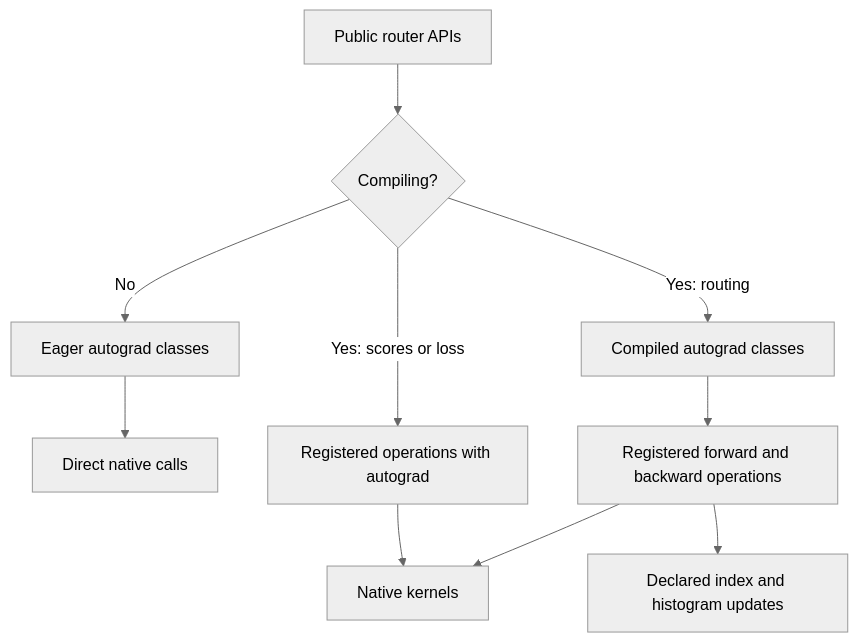
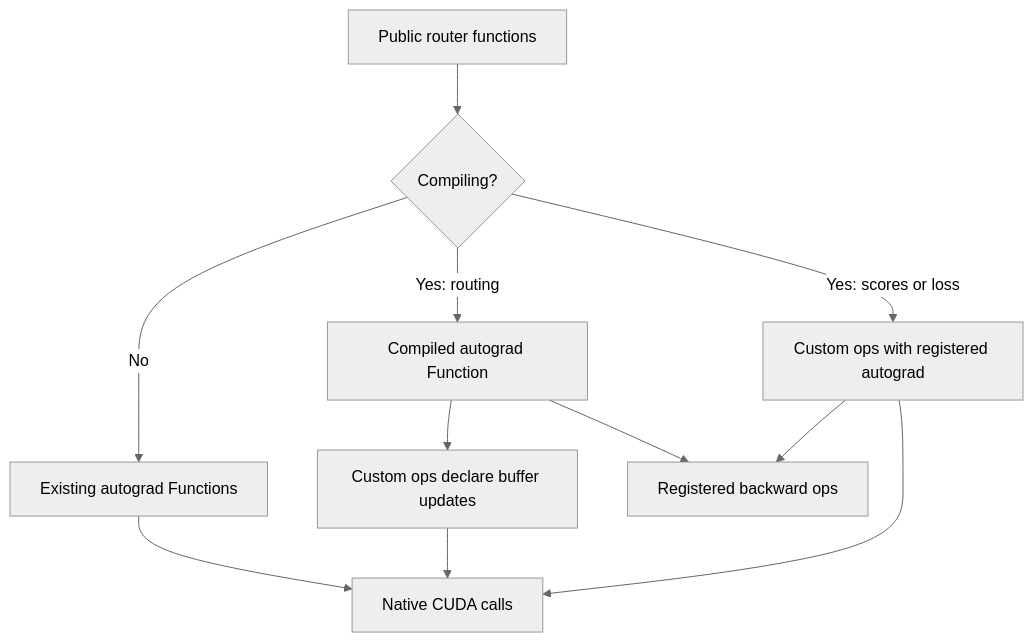
One commit to yuguo-Jack/HCU-TrainFlow changed the diagram in knowledge/projects/transformer-engine/knowledgebase/upstream/prs/NVIDIA--TransformerEngine/PR-3691.md. Above: the diagram before and after it, drawn with Mermaid. The commit also changed other lines of this file and 42044 other files, not shown here.

````diff
--- a/knowledge/projects/transformer-engine/knowledgebase/upstream/prs/NVIDIA--TransformerEngine/PR-3691.md
+++ b/knowledge/projects/transformer-engine/knowledgebase/upstream/prs/NVIDIA--TransformerEngine/PR-3691.md
@@ -135,13 +140,14 @@
 ```mermaid
 %%{init: {'theme': 'neutral'}}%%
 flowchart TD
-    A[Public router APIs] --> B{Compiling?}
-    B -->|No| C[Eager autograd classes]
-    C --> D[Direct native calls]
-    B -->|Yes: routing| E[Compiled autograd classes]
-    B -->|Yes: scores or loss| F[Registered operations with autograd]
-    E --> G[Registered forward and backward operations]
-    F --> H[Native kernels]
-    G --> H
-    G --> I[Declared index and histogram updates]
+  API["Public router functions"] --> Mode{"Compiling?"}
+  Mode -->|No| Eager["Existing autograd Functions"]
+  Eager --> Native["Native CUDA calls"]
+  Mode -->|Yes: routing| Function["Compiled autograd Function"]
+  Function --> Mutable["Custom ops declare buffer updates"]
+  Mutable --> Native
+  Mode -->|Yes: scores or loss| Registered["Custom ops with registered autograd"]
+  Registered --> Native
+  Function --> Backward["Registered backward ops"]
+  Registered --> Backward
 ```
````
